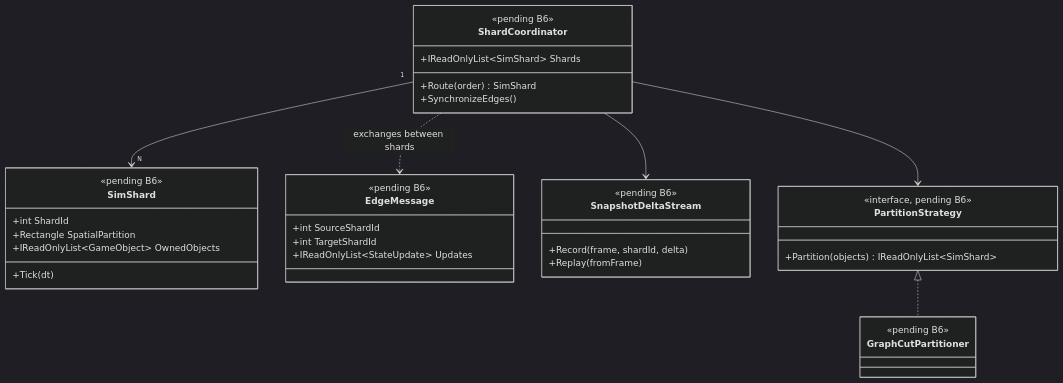
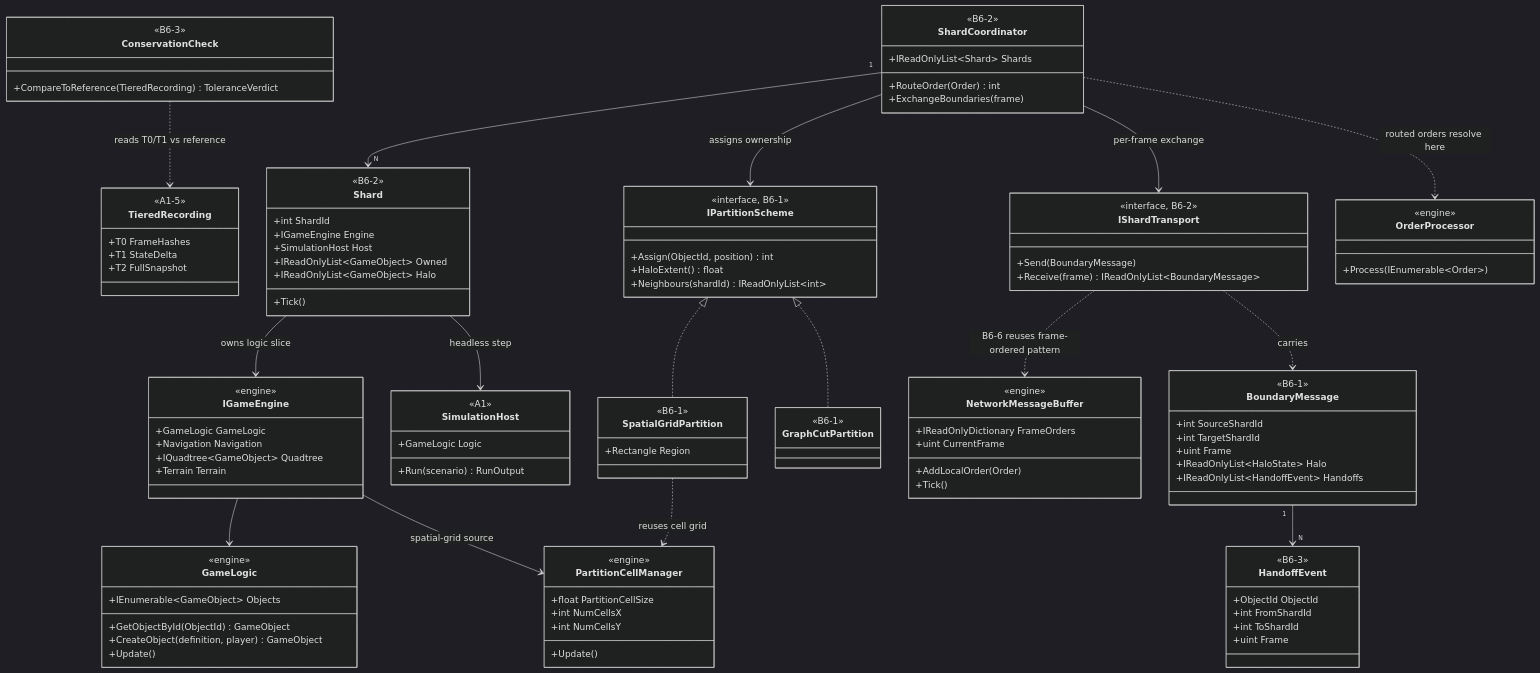
The first of 3 diagrams in docs/roadmap/deep-dives/b6-distributed-simulation.md (rmessinger/Panopticon), drawn with Mermaid (dark theme) before and after one commit. The commit also changed other lines of this file and 57 other files, not shown here.

````diff
--- a/docs/roadmap/deep-dives/b6-distributed-simulation.md
+++ b/docs/roadmap/deep-dives/b6-distributed-simulation.md
@@ -137,45 +150,129 @@
 ```mermaid
 classDiagram
-  class SimShard {
-    <<pending B6>>
+  class IGameEngine {
+    <<engine>>
+    +GameLogic GameLogic
+    +Navigation Navigation
+    +IQuadtree~GameObject~ Quadtree
+    +Terrain Terrain
+  }
+
+  class GameLogic {
+    <<engine>>
+    +IEnumerable~GameObject~ Objects
+    +GetObjectById(ObjectId) GameObject
+    +CreateObject(definition, player) GameObject
+    +Update()
+  }
+
+  class PartitionCellManager {
+    <<engine>>
+    +float PartitionCellSize
+    +int NumCellsX
+    +int NumCellsY
+    +Update()
+  }
+
+  class OrderProcessor {
+    <<engine>>
+    +Process(IEnumerable~Order~)
+  }
+
+  class NetworkMessageBuffer {
+    <<engine>>
+    +IReadOnlyDictionary FrameOrders
+    +uint CurrentFrame
+    +AddLocalOrder(Order)
+    +Tick()
+  }
+
+  class SimulationHost {
+    <<A1>>
+    +GameLogic Logic
+    +Run(scenario) RunOutput
+  }
+
+  class TieredRecording {
+    <<A1-5>>
+    +T0 FrameHashes
+    +T1 StateDelta
+    +T2 FullSnapshot
+  }
+
+  class IPartitionScheme {
+    <<interface, B6-1>>
+    +Assign(ObjectId, position) int
+    +HaloExtent() float
+    +Neighbours(shardId) IReadOnlyList~int~
+  }
+
+  class SpatialGridPartition {
+    <<B6-1>>
+    +Rectangle Region
+  }
+
+  class GraphCutPartition {
+    <<B6-1>>
+  }
+
+  class Shard {
+    <<B6-2>>
     +int ShardId
-    +Rectangle SpatialPartition
-    +IReadOnlyList~GameObject~ OwnedObjects
-    +Tick(dt)
+    +IGameEngine Engine
+    +SimulationHost Host
+    +IReadOnlyList~GameObject~ Owned
+    +IReadOnlyList~GameObject~ Halo
+    +Tick()
   }
 
   class ShardCoordinator {
-    <<pending B6>>
-    +IReadOnlyList~SimShard~ Shards
-    +Route(order) SimShard
-    +SynchronizeEdges()
+    <<B6-2>>
+    +IReadOnlyList~Shard~ Shards
+    +RouteOrder(Order) int
+    +ExchangeBoundaries(frame)
   }
 
-  class EdgeMessage {
-    <<pending B6>>
+  class BoundaryMessage {
+    <<B6-1>>
     +int SourceShardId
     +int TargetShardId
-    +IReadOnlyList~StateUpdate~ Updates
+    +uint Frame
+    +IReadOnlyList~HaloState~ Halo
+    +IReadOnlyList~HandoffEvent~ Handoffs
   }
 
-  class SnapshotDeltaStream {
-    <<pending B6>>
-    +Record(frame, shardId, delta)
-    +Replay(fromFrame)
+  class HandoffEvent {
+    <<B6-3>>
+    +ObjectId ObjectId
+    +int FromShardId
+    +int ToShardId
+    +uint Frame
   }
 
-  class PartitionStrategy {
-    <<interface, pending B6>>
-    +Partition(objects) IReadOnlyList~SimShard~
+  class IShardTransport {
+    <<interface, B6-2>>
+    +Send(BoundaryMessage)
+    +Receive(frame) IReadOnlyList~BoundaryMessage~
   }
 
-  class GraphCutPartitioner {
-    <<pending B6>>
+  class ConservationCheck {
+    <<B6-3>>
+    +CompareToReference(TieredRecording) ToleranceVerdict
   }
 
-  ShardCoordinator "1" --> "N" SimShard
-  ShardCoordinator --> SnapshotDeltaStream
-  ShardCoordinator ..> EdgeMessage : exchanges between shards
-  PartitionStrategy <|.. GraphCutPartitioner
-  ShardCoordinator --> PartitionStrategy
+  IGameEngine --> GameLogic
+  IGameEngine --> PartitionCellManager : spatial-grid source
+  Shard --> IGameEngine : owns logic slice
+  Shard --> SimulationHost : headless step
+  IPartitionScheme <|.. SpatialGridPartition
+  IPartitionScheme <|.. GraphCutPartition
+  SpatialGridPartition ..> PartitionCellManager : reuses cell grid
+  ShardCoordinator "1" --> "N" Shard
+  ShardCoordinator --> IPartitionScheme : assigns ownership
+  ShardCoordinator --> IShardTransport : per-frame exchange
+  ShardCoordinator ..> OrderProcessor : routed orders resolve here
+  IShardTransport ..> NetworkMessageBuffer : B6-6 reuses frame-ordered pattern
+  IShardTransport ..> BoundaryMessage : carries
+  BoundaryMessage "1" --> "N" HandoffEvent
+  ConservationCheck ..> TieredRecording : reads T0/T1 vs reference
 ```
````
